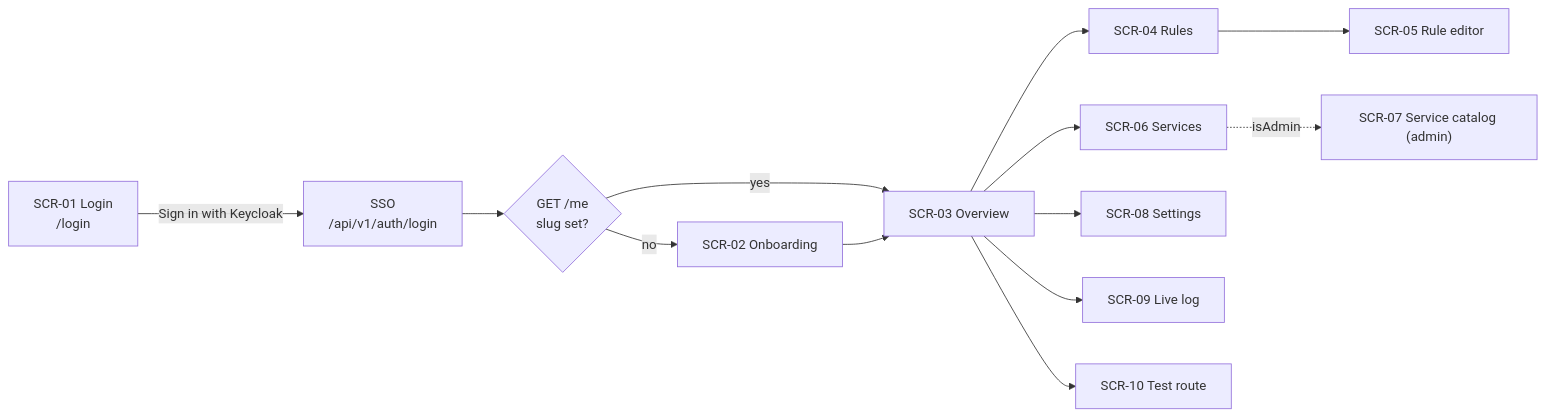
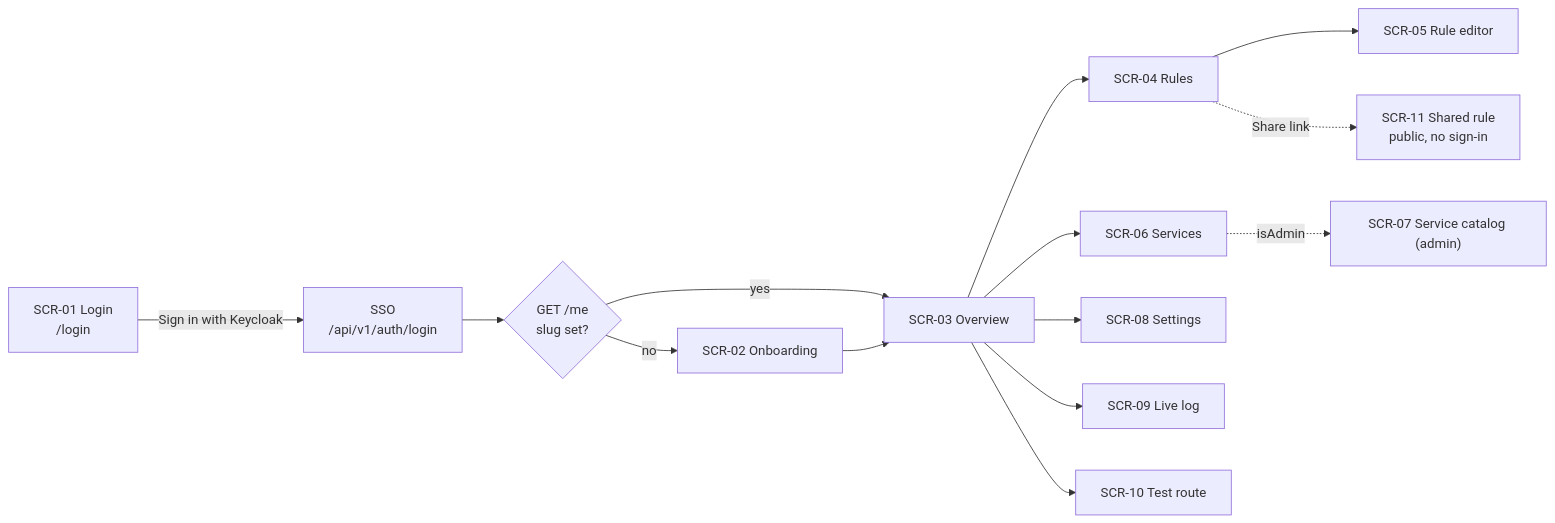
Before and after one commit to modarreszadeh/Mockan: the diagram in docs/frontend/screens.md, drawn with Mermaid. The commit also changed other lines of this file and 40 other files, not shown here.

First line of the commit message:
feat(rules): share a MockRule by public link

````diff
--- a/docs/frontend/screens.md
+++ b/docs/frontend/screens.md
@@ -19,13 +19,14 @@
 ```mermaid
 flowchart LR
     LOGIN["SCR-01 Login<br/>/login"] -- "Sign in with Keycloak" --> SSO["SSO<br/>/api/v1/auth/login"] --> ME{"GET /me<br/>slug set?"}
     ME -- no --> ONB["SCR-02 Onboarding"]
     ME -- yes --> OV["SCR-03 Overview"]
     ONB --> OV
     OV --> RL["SCR-04 Rules"] --> RE["SCR-05 Rule editor"]
     OV --> SV["SCR-06 Services"]
     SV -. isAdmin .-> CAT["SCR-07 Service catalog (admin)"]
     OV --> ST["SCR-08 Settings"]
     OV --> LOG["SCR-09 Live log"]
     OV --> TR["SCR-10 Test route"]
+    RL -. "Share link" .-> SH["SCR-11 Shared rule<br/>public, no sign-in"]
 ```
````
